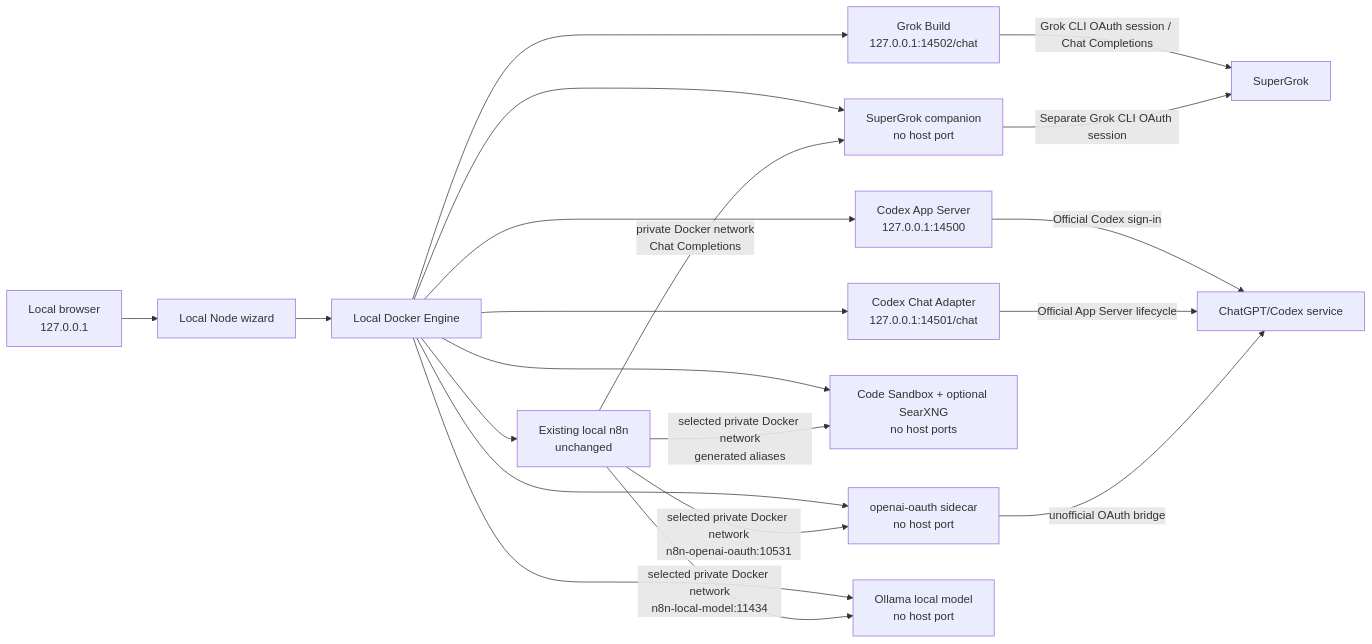
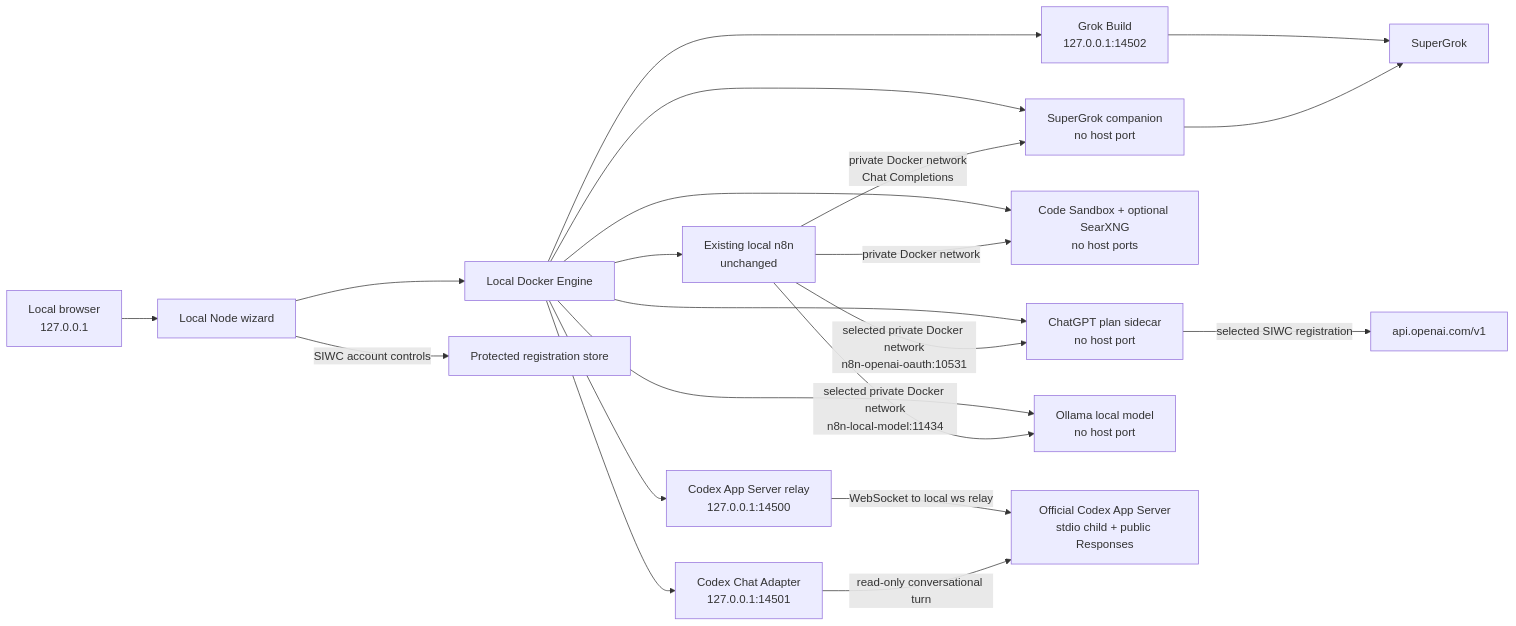
The second of 2 diagrams in docs/architecture.md (Demonbane18/relmio), drawn with Mermaid before and after one commit. The commit also changed other lines of this file and 158 other files, not shown here.

First line of the commit message:
Release v0.19.0: setup guide, Plan and usage, documented ChatGPT sign-in (#103)

````diff
--- a/docs/architecture.md
+++ b/docs/architecture.md
@@ -32,22 +39,23 @@
 ```mermaid
 flowchart LR
   B["Local browser<br>127.0.0.1"] --> W["Local Node wizard"]
   W --> D["Local Docker Engine"]
-  D --> G["Grok Build<br>127.0.0.1:14502/chat"]
-  D --> A["Codex App Server<br>127.0.0.1:14500"]
-  D --> H["Codex Chat Adapter<br>127.0.0.1:14501/chat"]
+  W -->|"SIWC account controls"| A["Protected registration store"]
+  D --> G["Grok Build<br>127.0.0.1:14502"]
+  D --> C["Codex App Server relay<br>127.0.0.1:14500"]
+  D --> H["Codex Chat Adapter<br>127.0.0.1:14501"]
   D --> N["Existing local n8n<br>unchanged"]
-  D --> S["openai-oauth sidecar<br>no host port"]
+  D --> S["ChatGPT plan sidecar<br>no host port"]
   D --> X["Code Sandbox + optional SearXNG<br>no host ports"]
   D --> Q["SuperGrok companion<br>no host port"]
   D --> M["Ollama local model<br>no host port"]
   N -->|"selected private Docker network<br>n8n-openai-oauth:10531"| S
-  N -->|"selected private Docker network<br>generated aliases"| X
+  N -->|"private Docker network"| X
   N -->|"selected private Docker network<br>n8n-local-model:11434"| M
   N -->|"private Docker network<br>Chat Completions"| Q
-  G -->|"Grok CLI OAuth session / Chat Completions"| P["SuperGrok"]
-  Q -->|"Separate Grok CLI OAuth session"| P
-  A -->|"Official Codex sign-in"| C["ChatGPT/Codex service"]
-  H -->|"Official App Server lifecycle"| C
-  S -->|"unofficial OAuth bridge"| C
+  C -->|"WebSocket to local ws relay"| T["Official Codex App Server<br>stdio child + public Responses"]
+  H -->|"read-only conversational turn"| T
+  S -->|"selected SIWC registration"| O["api.openai.com/v1"]
+  G --> P["SuperGrok"]
+  Q --> P
 ```
````
